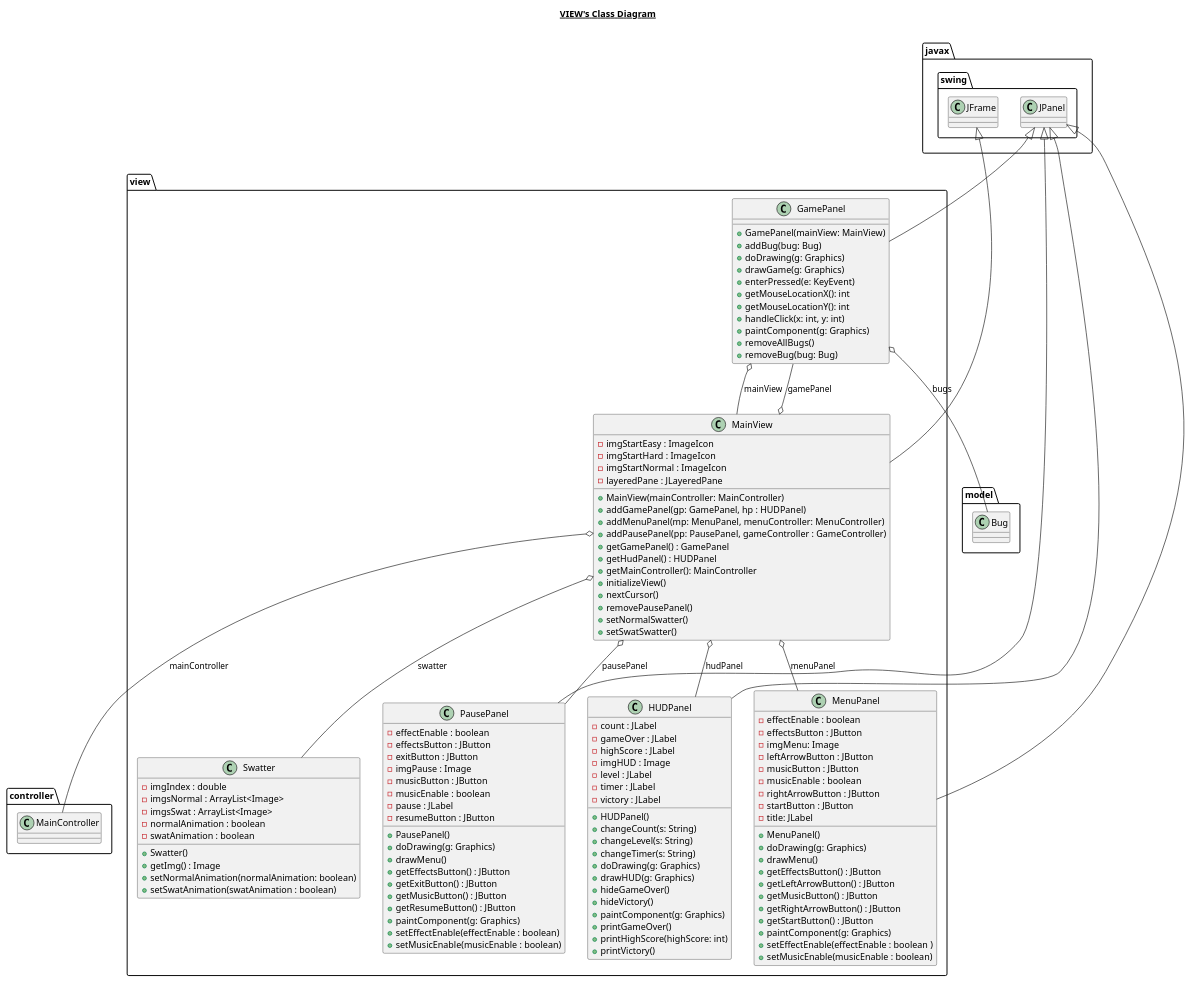
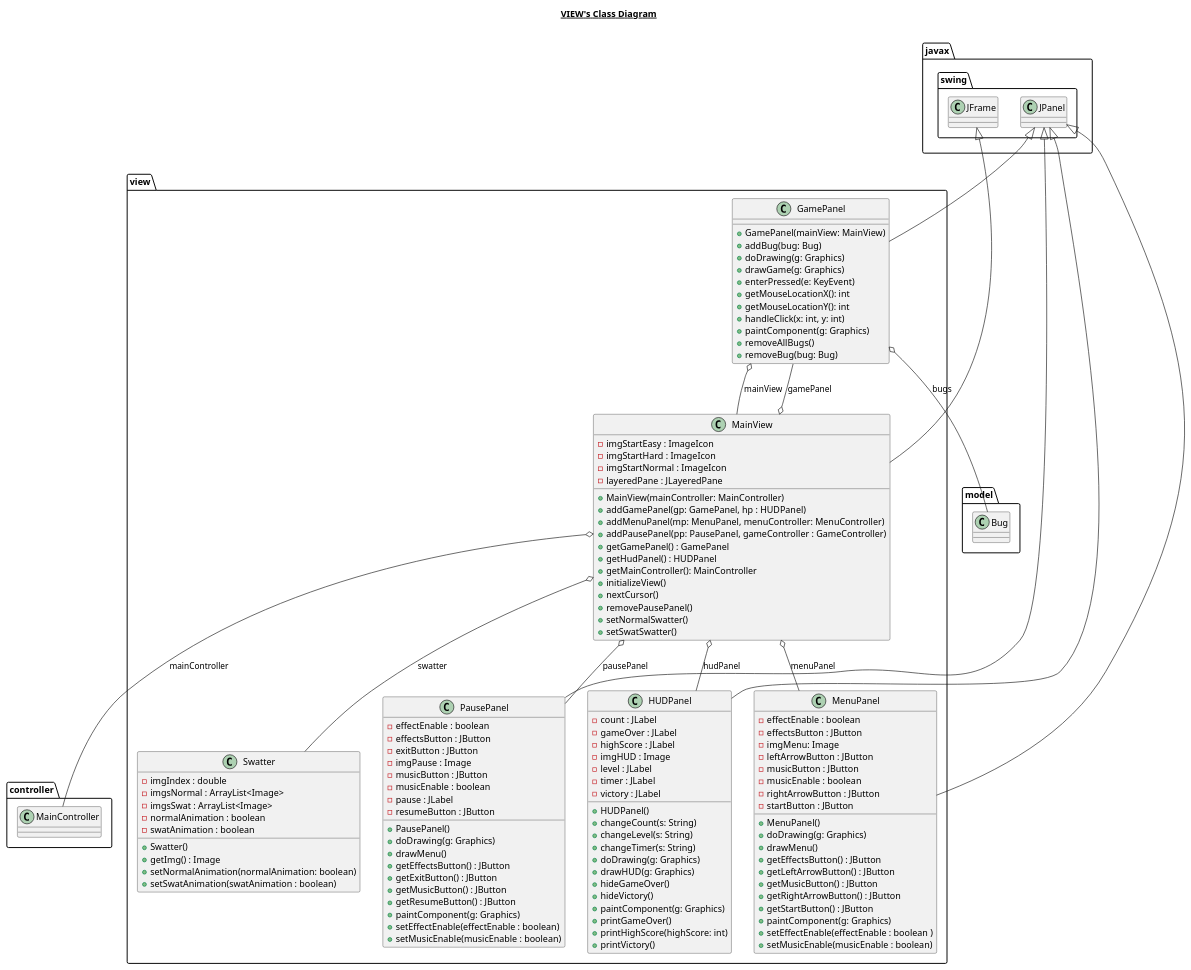
One commit to lcintini/JFlySwatter changed the diagram in src/view/view.plantuml. Above: the diagram before and after it, drawn with PlantUML. The commit also changed 27 other files, not shown here.

```diff
--- a/src/view/view.plantuml
+++ b/src/view/view.plantuml
@@ -1,150 +1,149 @@
 @startuml
 
 title __VIEW's Class Diagram__\n
 
   namespace view {
       class view.GamePanel {
           + GamePanel(mainView: MainView)
           + addBug(bug: Bug)
           + doDrawing(g: Graphics)
           + drawGame(g: Graphics)
           + enterPressed(e: KeyEvent)
           + getMouseLocationX(): int
           + getMouseLocationY(): int
           + handleClick(x: int, y: int)
           + paintComponent(g: Graphics)
           + removeAllBugs()
           + removeBug(bug: Bug)
       }
     }
   
 
   namespace view {
       class view.HUDPanel {
           - count : JLabel
           - gameOver : JLabel
           - highScore : JLabel
           - imgHUD : Image
           - level : JLabel
           - timer : JLabel
           - victory : JLabel
           + HUDPanel()
           + changeCount(s: String)
           + changeLevel(s: String)
           + changeTimer(s: String)
           + doDrawing(g: Graphics)
           + drawHUD(g: Graphics)
           + hideGameOver()
           + hideVictory()
           + paintComponent(g: Graphics)
           + printGameOver()
           + printHighScore(highScore: int)
           + printVictory()
       }
     }
   
 
  namespace view {
       class view.MainView {
           - imgStartEasy : ImageIcon
           - imgStartHard : ImageIcon
           - imgStartNormal : ImageIcon
           - layeredPane : JLayeredPane
           + MainView(mainController: MainController)
           + addGamePanel(gp: GamePanel, hp : HUDPanel)
           + addMenuPanel(mp: MenuPanel, menuController: MenuController)
           + addPausePanel(pp: PausePanel, gameController : GameController)
           + getGamePanel() : GamePanel
           + getHudPanel() : HUDPanel
           + getMainController(): MainController
           + initializeView()
           + nextCursor()
           + removePausePanel()
           + setNormalSwatter()
           + setSwatSwatter()
       }
     }
   
 
   namespace view {
       class view.MenuPanel {
           - effectEnable : boolean
           - effectsButton : JButton
           - imgMenu: Image
           - leftArrowButton : JButton
           - musicButton : JButton
           - musicEnable : boolean
           - rightArrowButton : JButton
           - startButton : JButton
-          - title: JLabel
           + MenuPanel()
           + doDrawing(g: Graphics)
           + drawMenu()
           + getEffectsButton() : JButton
           + getLeftArrowButton() : JButton
           + getMusicButton() : JButton
           + getRightArrowButton() : JButton
           + getStartButton() : JButton
           + paintComponent(g: Graphics)
           + setEffectEnable(effectEnable : boolean )
           + setMusicEnable(musicEnable : boolean)
       }
     }
   
 
   namespace view {
       class view.PausePanel {
           - effectEnable : boolean
           - effectsButton : JButton
           - exitButton : JButton
           - imgPause : Image
           - musicButton : JButton
           - musicEnable : boolean
           - pause : JLabel
           - resumeButton : JButton
           + PausePanel()
           + doDrawing(g: Graphics)
           + drawMenu()
           + getEffectsButton() : JButton
           + getExitButton() : JButton
           + getMusicButton() : JButton
           + getResumeButton() : JButton
           + paintComponent(g: Graphics)
           + setEffectEnable(effectEnable : boolean)
           + setMusicEnable(musicEnable : boolean)
       }
     }
   
 
   namespace view {
       class view.Swatter {
           - imgIndex : double
           - imgsNormal : ArrayList<Image>
           - imgsSwat : ArrayList<Image>
           - normalAnimation : boolean
           - swatAnimation : boolean
           + Swatter()
           + getImg() : Image
           + setNormalAnimation(normalAnimation: boolean)
           + setSwatAnimation(swatAnimation : boolean)
       }
     }
   
 
   view.GamePanel -up-|> javax.swing.JPanel
   view.GamePanel o-- view.MainView : mainView
   view.HUDPanel -up-|> javax.swing.JPanel
   view.MainView -up-|> javax.swing.JFrame
   view.MainView o-- view.GamePanel : gamePanel
   view.MainView o-- view.HUDPanel : hudPanel
   view.MainView o-- controller.MainController : mainController
   view.MainView o-- view.MenuPanel : menuPanel
   view.MainView o-- view.PausePanel : pausePanel
   view.MainView o-- view.Swatter : swatter
   view.MenuPanel -up-|> javax.swing.JPanel
   view.PausePanel -up-|> javax.swing.JPanel
     view.GamePanel o-- model.Bug : bugs
 
 
 
 @enduml
```
